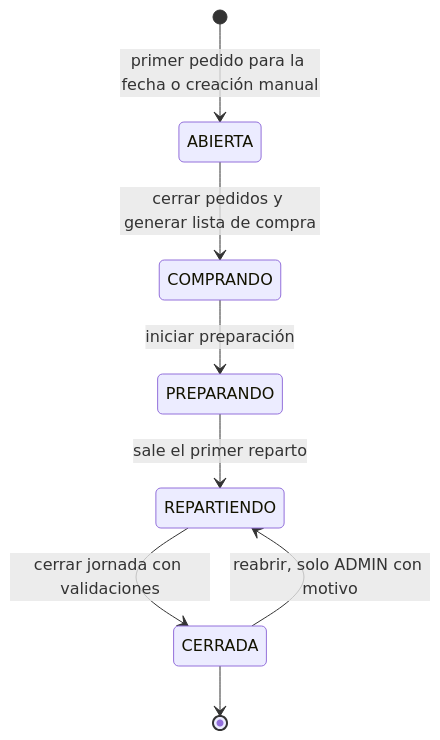
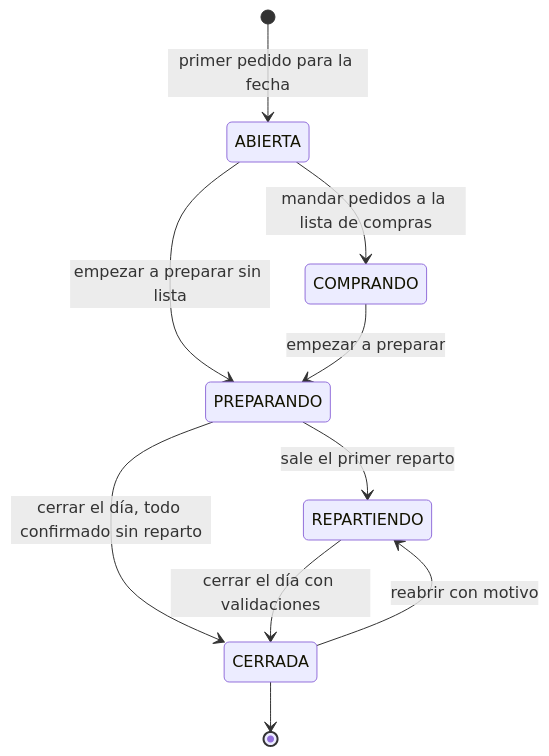
One commit to Facumirande/sistema-juan changed the third of 8 diagrams in docs/plan/04-procesos-y-flujos.md. Above: the diagram before and after it, drawn with Mermaid. The commit also changed other lines of this file and 69 other files, not shown here.

First line of the commit message:
Pagos en un toque, datos para transferir, balance gráfico, entregar desde el viaje y docs al día

````diff
--- a/docs/plan/04-procesos-y-flujos.md
+++ b/docs/plan/04-procesos-y-flujos.md
@@ -176,10 +171,12 @@
 ```mermaid
 stateDiagram-v2
-    [*] --> ABIERTA : primer pedido para la fecha o creación manual
-    ABIERTA --> COMPRANDO : cerrar pedidos y generar lista de compra
-    COMPRANDO --> PREPARANDO : iniciar preparación
+    [*] --> ABIERTA : primer pedido para la fecha
+    ABIERTA --> COMPRANDO : mandar pedidos a la lista de compras
+    ABIERTA --> PREPARANDO : empezar a preparar sin lista
+    COMPRANDO --> PREPARANDO : empezar a preparar
     PREPARANDO --> REPARTIENDO : sale el primer reparto
-    REPARTIENDO --> CERRADA : cerrar jornada con validaciones
-    CERRADA --> REPARTIENDO : reabrir, solo ADMIN con motivo
+    PREPARANDO --> CERRADA : cerrar el día, todo confirmado sin reparto
+    REPARTIENDO --> CERRADA : cerrar el día con validaciones
+    CERRADA --> REPARTIENDO : reabrir con motivo
     CERRADA --> [*]
 ```
````
